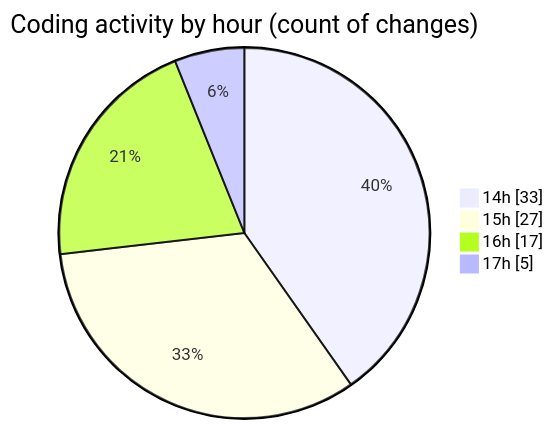
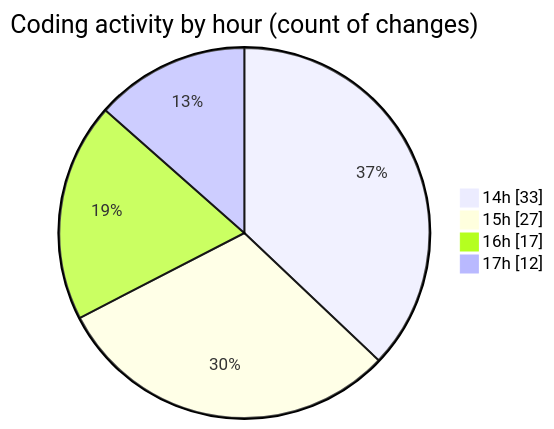
Before and after one commit to jadenblack/code-tracking: the second of 2 diagrams in 2026-03-04/shadcn-admin-kit-main__workspace_/README.md, drawn with Mermaid. The commit also changed other lines of this file and 1 other file, not shown here.

````diff
--- a/2026-03-04/shadcn-admin-kit-main__workspace_/README.md
+++ b/2026-03-04/shadcn-admin-kit-main__workspace_/README.md
@@ -66,8 +66,8 @@
 ```mermaid
 pie showData
 title Coding activity by hour (count of changes)
 "14h" : 33
 "15h" : 27
 "16h" : 17
-"17h" : 5
+"17h" : 12
 ```
````
